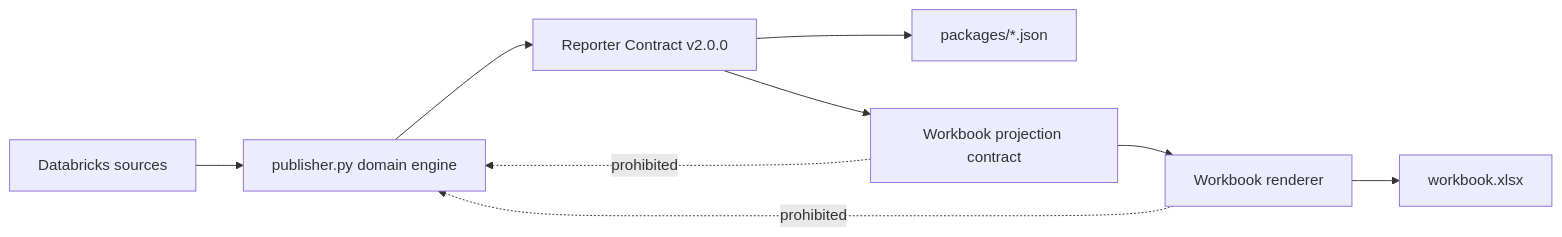
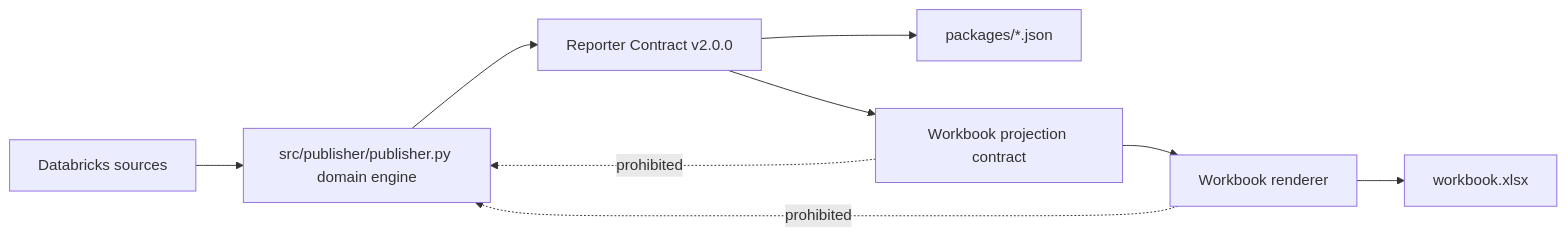
One commit to thiaga-gk/expert-funicular changed the first of 19 diagrams in docs/architecture/lld.md. Above: the diagram before and after it, drawn with Mermaid. The commit also changed other lines of this file and 77 other files, not shown here.

First line of the commit message:
Reorg Phase 1: src/publisher package layout and typed contracts

````diff
--- a/docs/architecture/lld.md
+++ b/docs/architecture/lld.md
@@ -66,12 +69,12 @@
 ```mermaid
 flowchart LR
-    SRC[Databricks sources] --> PUB[publisher.py domain engine]
+    SRC[Databricks sources] --> PUB[src/publisher/publisher.py domain engine]
     PUB --> RC[Reporter Contract v2.0.0]
     RC --> JSON[packages/*.json]
     RC --> WC[Workbook projection contract]
     WC --> XR[Workbook renderer]
     XR --> XLSX[workbook.xlsx]
 
     WC -. prohibited .-> PUB
     XR -. prohibited .-> PUB
 ```
````
